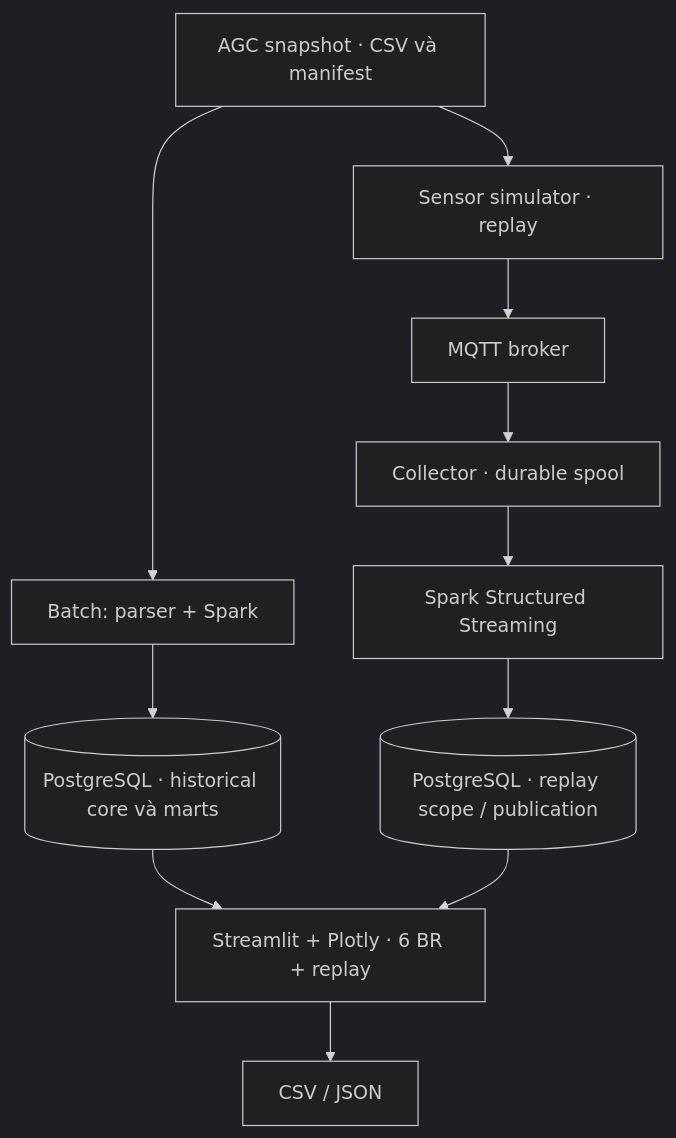
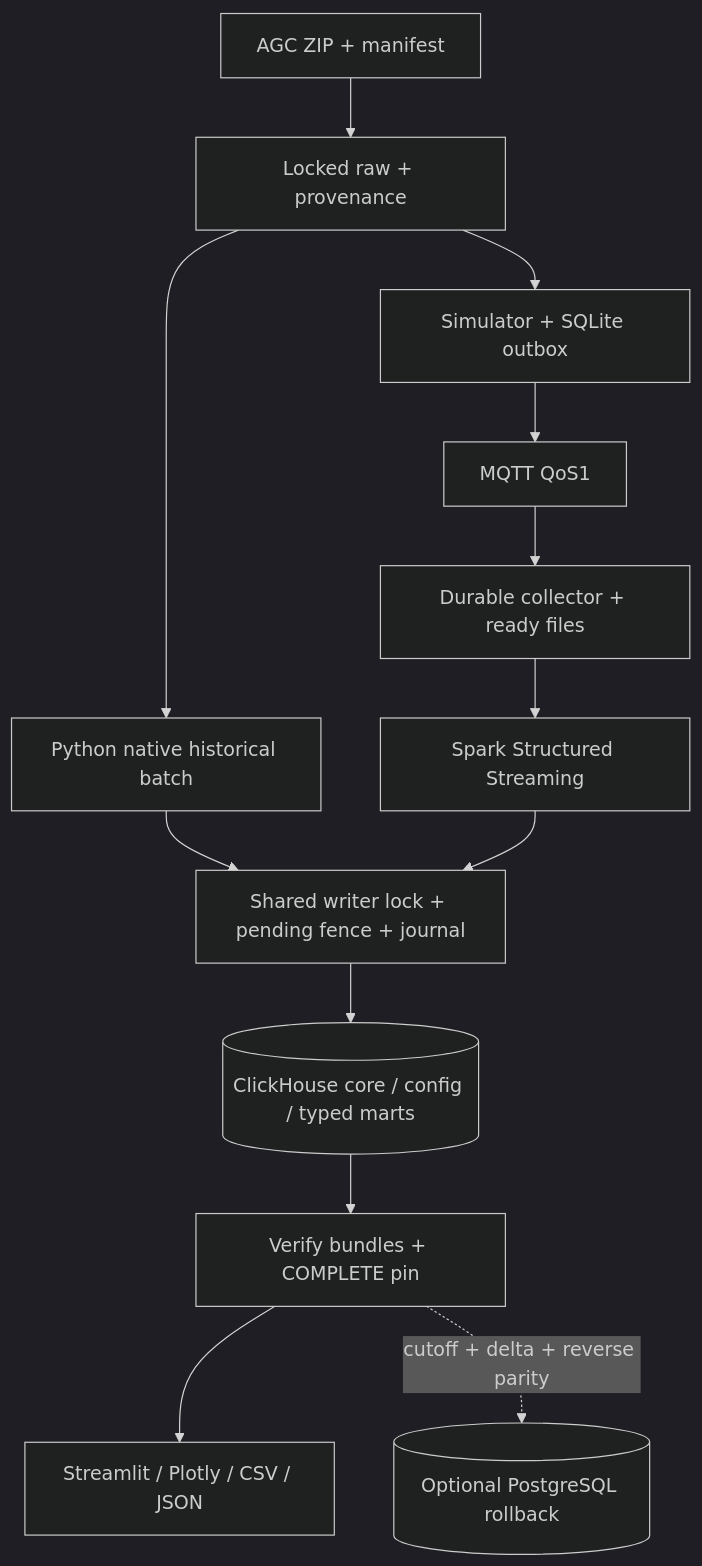
Before and after one commit to arcanine525/smart-green-house: the diagram in docs/submission/figures/architecture.mmd, drawn with Mermaid (dark theme). The commit also changed 47 other files, not shown here.

Commit message:
Document the native ClickHouse stack and verified delivery evidence

```diff
--- a/docs/submission/figures/architecture.mmd
+++ b/docs/submission/figures/architecture.mmd
@@ -1,10 +1,12 @@
 flowchart TB
-  AGC["AGC snapshot · CSV và manifest"] --> BATCH["Batch: parser + Spark"]
-  AGC --> SIM["Sensor simulator · replay"]
-  SIM --> MQTT["MQTT broker"] --> COL["Collector · durable spool"]
+  AGC["AGC ZIP + manifest"] --> RAW["Locked raw + provenance"]
+  RAW --> BATCH["Python native historical batch"]
+  RAW --> SIM["Simulator + SQLite outbox"]
+  SIM --> MQTT["MQTT QoS1"] --> COL["Durable collector + ready files"]
   COL --> STREAM["Spark Structured Streaming"]
-  BATCH --> HIST[("PostgreSQL · historical core và marts")]
-  STREAM --> LIVE[("PostgreSQL · replay scope / publication")]
-  HIST --> APP["Streamlit + Plotly · 6 BR + replay"]
-  LIVE --> APP
-  APP --> CSV["CSV / JSON"]
+  BATCH --> COORD["Shared writer lock + pending fence + journal"]
+  STREAM --> COORD
+  COORD --> CH[("ClickHouse core / config / typed marts")]
+  CH --> PUB["Verify bundles + COMPLETE pin"]
+  PUB --> APP["Streamlit / Plotly / CSV / JSON"]
+  PUB -. "cutoff + delta + reverse parity" .-> PG[("Optional PostgreSQL rollback")]
```
